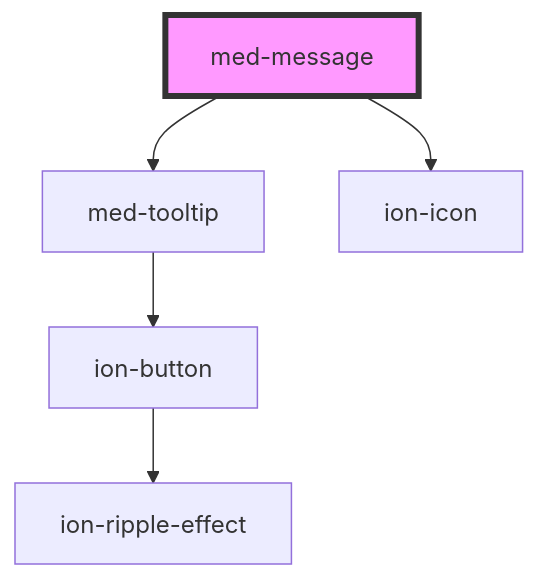
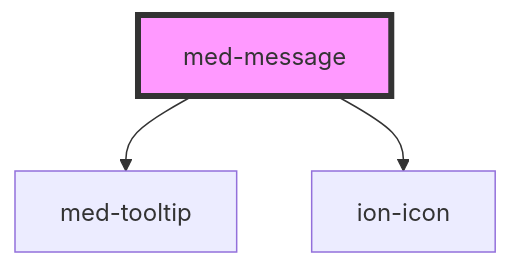
Before and after one commit to MEDGRUPOGIT/ionic-framework-1: the diagram in core/src/components/@medgrupo/global/med-message/readme.md, drawn with Mermaid. The commit also changed 104 other files, not shown here.

````diff
--- a/core/src/components/@medgrupo/global/med-message/readme.md
+++ b/core/src/components/@medgrupo/global/med-message/readme.md
@@ -46,8 +46,6 @@
 ```mermaid
 graph TD;
   med-message --> med-tooltip
   med-message --> ion-icon
-  med-tooltip --> ion-button
-  ion-button --> ion-ripple-effect
   style med-message fill:#f9f,stroke:#333,stroke-width:4px
 ```
````
